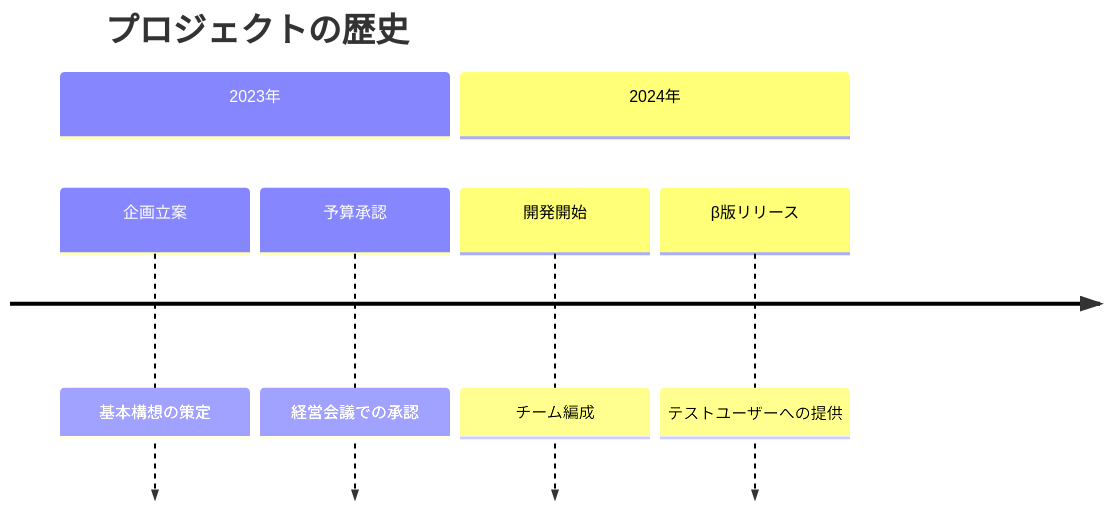
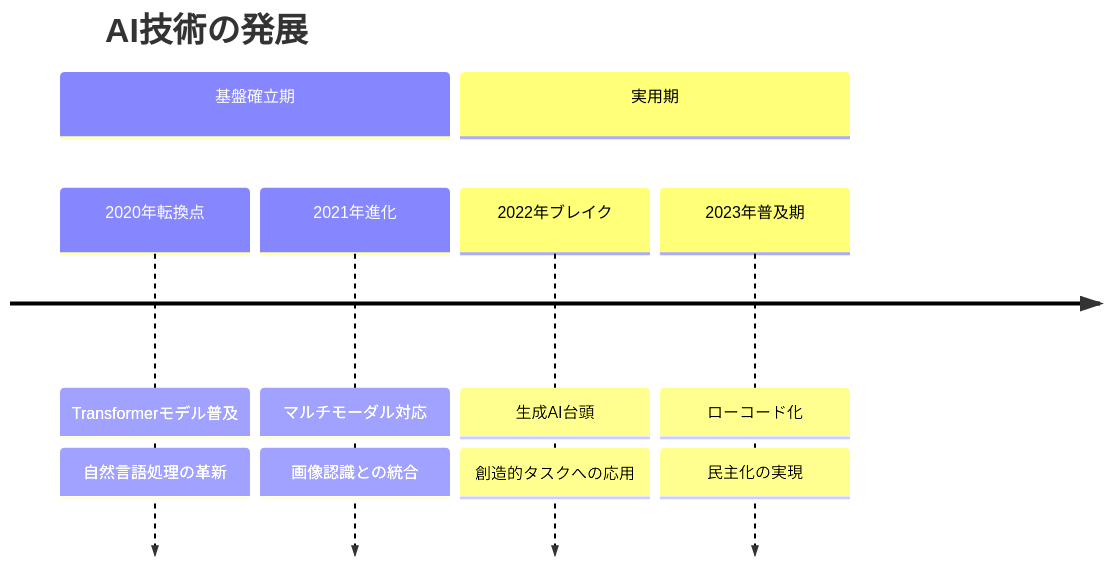
Before and after one commit to koach-noir/mermaid-learning-lab: diagram 11 of 18 in LEARNING NOTES.md, drawn with Mermaid. The commit also changed other lines of this file, not shown here.

````diff
--- a/LEARNING NOTES.md
+++ b/LEARNING NOTES.md
@@ -350,10 +546,10 @@
 ```mermaid
 timeline
-    title プロジェクトの歴史
-    section 2023年
-        企画立案 : 基本構想の策定
-        予算承認 : 経営会議での承認
-    section 2024年
-        開発開始 : チーム編成
-        β版リリース : テストユーザーへの提供
+    title AI技術の発展
+    section 基盤確立期
+        2020年転換点 : Transformerモデル普及 : 自然言語処理の革新
+        2021年進化 : マルチモーダル対応 : 画像認識との統合
+    section 実用期
+        2022年ブレイク : 生成AI台頭 : 創造的タスクへの応用
+        2023年普及期 : ローコード化 : 民主化の実現
 ```
````
